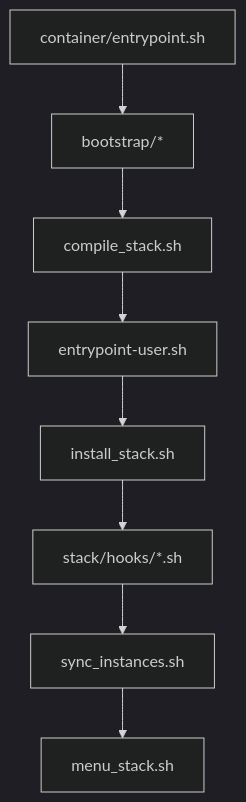
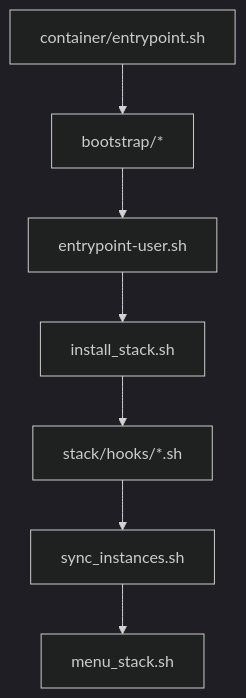
Before and after one commit to AoC-Gamers/Docker-L4D2-Competitive: the diagram in docs/scripts.md, drawn with Mermaid (dark theme). The commit also changed other lines of this file and 14 other files, not shown here.

````diff
--- a/docs/scripts.md
+++ b/docs/scripts.md
@@ -179,10 +165,9 @@
 ```mermaid
 graph TD
     A[container/entrypoint.sh] --> B[bootstrap/*]
-    B --> C[compile_stack.sh]
-    C --> D[entrypoint-user.sh]
-    D --> E[install_stack.sh]
-    E --> F[stack/hooks/*.sh]
-    F --> G[sync_instances.sh]
-    G --> H[menu_stack.sh]
+    B --> C[entrypoint-user.sh]
+    C --> D[install_stack.sh]
+    D --> E[stack/hooks/*.sh]
+    E --> F[sync_instances.sh]
+    F --> G[menu_stack.sh]
 ```
````
